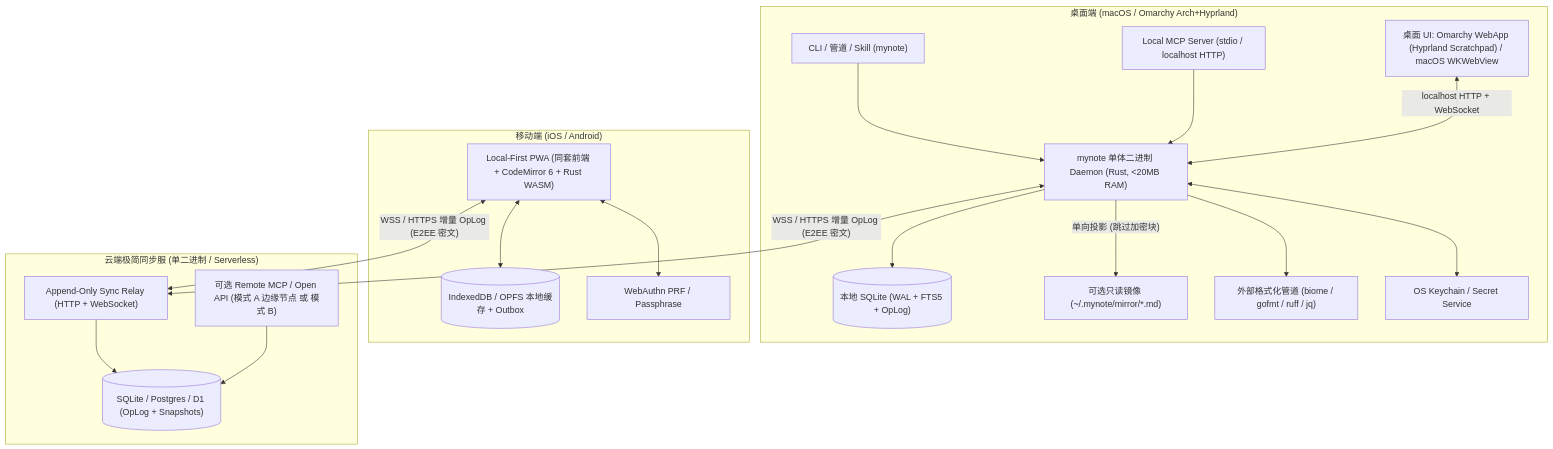
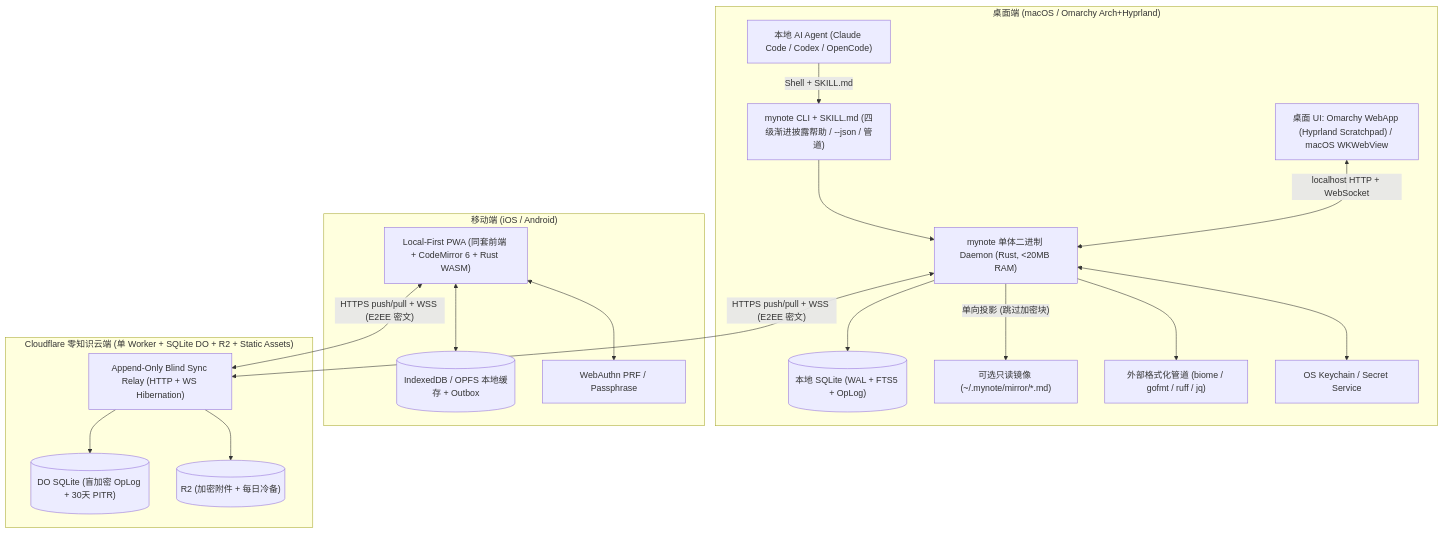
Before and after one commit to gray0128/my-note: the first of 6 diagrams in docs/architecture-proposal.md, drawn with Mermaid. The commit also changed other lines of this file and 2 other files, not shown here.

Commit message:
docs: drop MCP for CLI+Skill progressive help, pure E2EE CF relay, and Markdown source/preview toggle

````diff
--- a/docs/architecture-proposal.md
+++ b/docs/architecture-proposal.md
@@ -226,40 +214,40 @@
 ```mermaid
 flowchart TD
     subgraph Desktop["桌面端 (macOS / Omarchy Arch+Hyprland)"]
-        CLI["CLI / 管道 / Skill (mynote)"]
-        MCP_L["Local MCP Server (stdio / localhost HTTP)"]
+        Agent["本地 AI Agent (Claude Code / Codex / OpenCode)"]
+        CLI["mynote CLI + SKILL.md (四级渐进披露帮助 / --json / 管道)"]
         UI_D["桌面 UI: Omarchy WebApp (Hyprland Scratchpad) / macOS WKWebView"]
         Daemon["mynote 单体二进制 Daemon (Rust, <20MB RAM)"]
         DB_L[("本地 SQLite (WAL + FTS5 + OpLog)")]
         Mirror["可选只读镜像 (~/.mynote/mirror/*.md)"]
         ExtFmt["外部格式化管道 (biome / gofmt / ruff / jq)"]
         Keyring["OS Keychain / Secret Service"]
 
+        Agent -->|"Shell + SKILL.md"| CLI
         CLI --> Daemon
-        MCP_L --> Daemon
         UI_D <-->|"localhost HTTP + WebSocket"| Daemon
         Daemon --> DB_L
         Daemon -->|"单向投影 (跳过加密块)"| Mirror
         Daemon --> ExtFmt
         Daemon <--> Keyring
     end
 
     subgraph Mobile["移动端 (iOS / Android)"]
         PWA["Local-First PWA (同套前端 + CodeMirror 6 + Rust WASM)"]
         IDB[("IndexedDB / OPFS 本地缓存 + Outbox")]
         Bio["WebAuthn PRF / Passphrase"]
         PWA <--> IDB
         PWA <--> Bio
     end
 
-    subgraph Cloud["云端极简同步服 (单二进制 / Serverless)"]
-        SyncAPI["Append-Only Sync Relay (HTTP + WebSocket)"]
-        CloudDB[("SQLite / Postgres / D1 (OpLog + Snapshots)")]
-        RemoteMCP["可选 Remote MCP / Open API (模式 A 边缘节点 或 模式 B)"]
+    subgraph Cloud["Cloudflare 零知识云端 (单 Worker + SQLite DO + R2 + Static Assets)"]
+        SyncAPI["Append-Only Blind Sync Relay (HTTP + WS Hibernation)"]
+        CloudDB[("DO SQLite (盲加密 OpLog + 30天 PITR)")]
+        R2[("R2 (加密附件 + 每日冷备)")]
         SyncAPI --> CloudDB
-        RemoteMCP --> CloudDB
+        SyncAPI --> R2
     end
 
-    Daemon <-->|"WSS / HTTPS 增量 OpLog (E2EE 密文)"| SyncAPI
-    PWA <-->|"WSS / HTTPS 增量 OpLog (E2EE 密文)"| SyncAPI
+    Daemon <-->|"HTTPS push/pull + WSS (E2EE 密文)"| SyncAPI
+    PWA <-->|"HTTPS push/pull + WSS (E2EE 密文)"| SyncAPI
 ```
````
